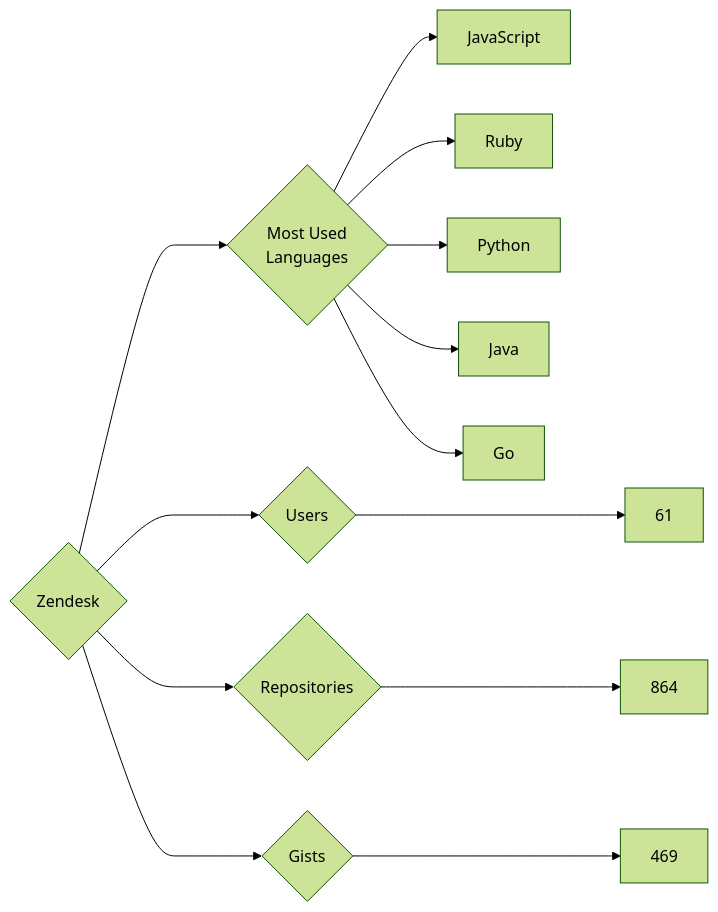
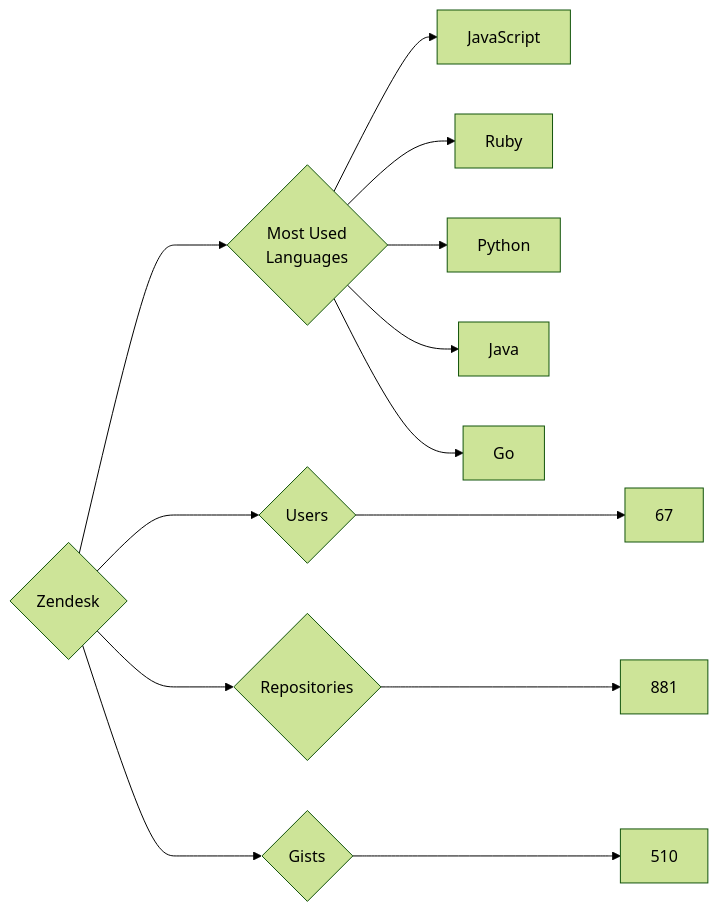
One commit to trickest/insiders changed the diagram in targets/Zendesk/README.md. Above: the diagram before and after it, drawn with Mermaid (forest theme). The commit also changed 939 other files, not shown here.

````diff
--- a/targets/Zendesk/README.md
+++ b/targets/Zendesk/README.md
@@ -3,13 +3,13 @@
 ```mermaid
 graph LR
 COMPANY_NAME{Zendesk}
-COMPANY_NAME ---> U{Users} ---> UN[61]
-COMPANY_NAME ---> R{Repositories} ---> RN[864]
-COMPANY_NAME ---> G{Gists} ---> GN[469]
+COMPANY_NAME ---> U{Users} ---> UN[67]
+COMPANY_NAME ---> R{Repositories} ---> RN[881]
+COMPANY_NAME ---> G{Gists} ---> GN[510]
 COMPANY_NAME ---> ML{Most Used<br>Languages}
 ML --> JavaScript[JavaScript]
 ML --> Ruby[Ruby]
 ML --> Python[Python]
 ML --> Java[Java]
 ML --> Go[Go]
 ```
````
